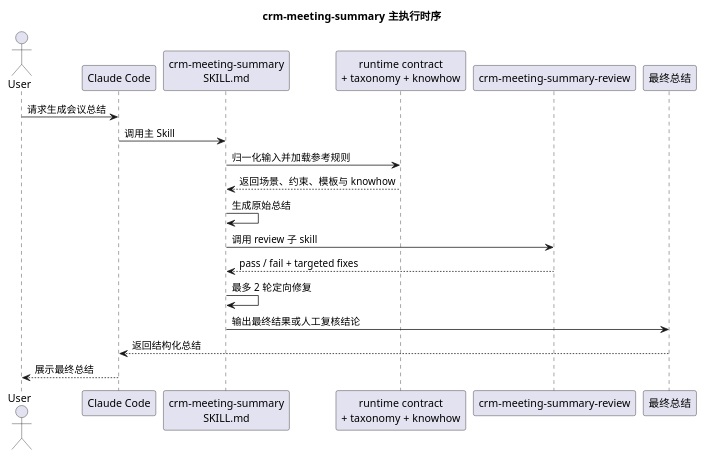
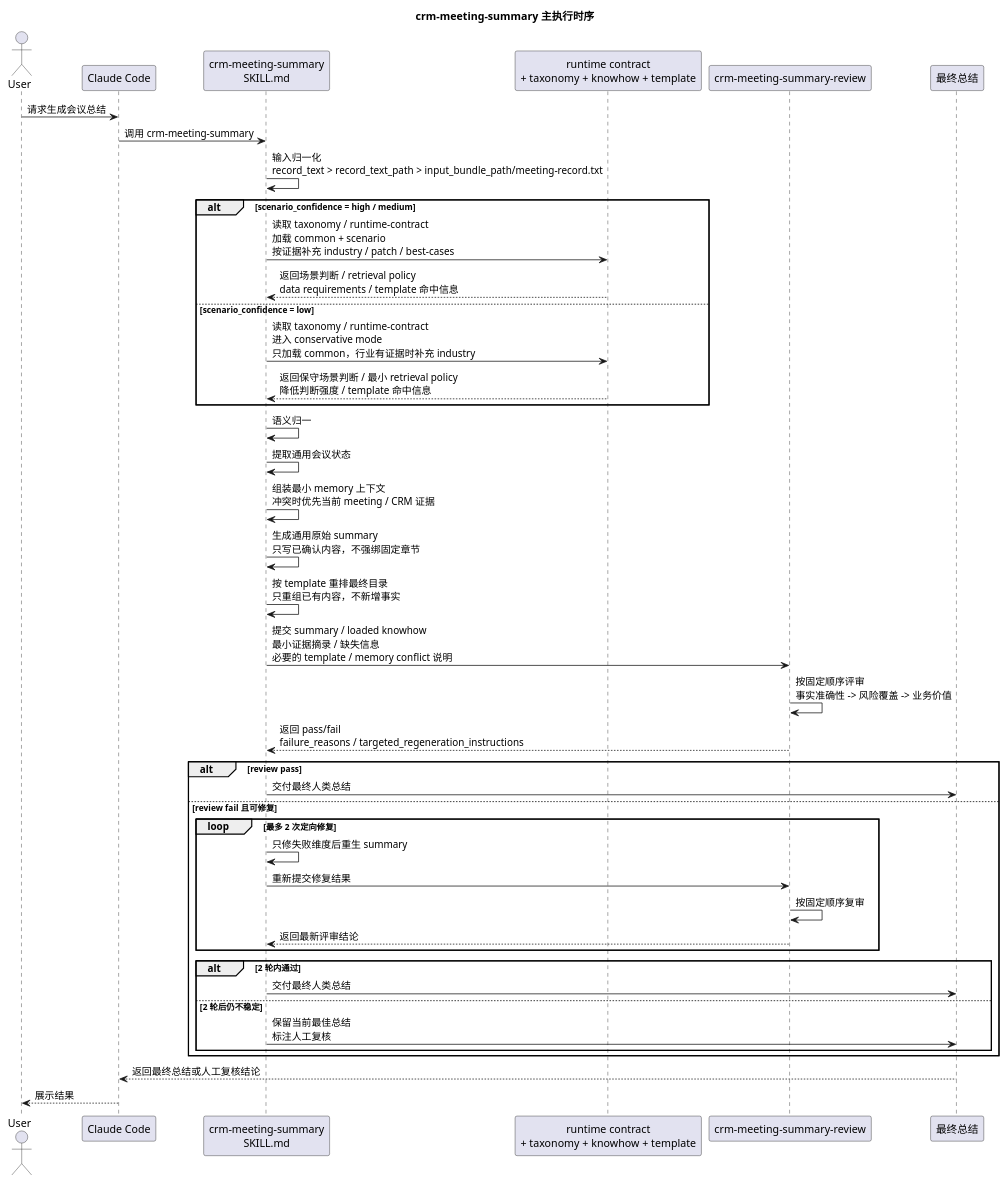
One commit to zhaopx/crm-meeting-summary-skill changed the second of 2 diagrams in docs/crm-meeting-summary/visual-diagrams.md. Above: the diagram before and after it, drawn with PlantUML. The commit also changed other lines of this file and 7 other files, not shown here.

First line of the commit message:
refactor: align CRM eval contract artifacts

````diff
--- a/docs/crm-meeting-summary/visual-diagrams.md
+++ b/docs/crm-meeting-summary/visual-diagrams.md
@@ -158,24 +63,52 @@
 ```plantuml
 @startuml
 title crm-meeting-summary 主执行时序
 
 actor User
 participant "Claude Code" as Claude
 participant "crm-meeting-summary\nSKILL.md" as Skill
-participant "runtime contract\n+ taxonomy + knowhow" as Knowledge
+participant "runtime contract\n+ taxonomy + knowhow + template" as Knowledge
 participant "crm-meeting-summary-review" as Review
 participant "最终总结" as Output
 
 User -> Claude: 请求生成会议总结
-Claude -> Skill: 调用主 Skill
-Skill -> Knowledge: 归一化输入并加载参考规则
-Knowledge --> Skill: 返回场景、约束、模板与 knowhow
-Skill -> Skill: 生成原始总结
-Skill -> Review: 调用 review 子 skill
-Review --> Skill: pass / fail + targeted fixes
-Skill -> Skill: 最多 2 轮定向修复
-Skill -> Output: 输出最终结果或人工复核结论
-Output --> Claude: 返回结构化总结
-Claude --> User: 展示最终总结
+Claude -> Skill: 调用 crm-meeting-summary
+Skill -> Skill: 输入归一化\nrecord_text > record_text_path > input_bundle_path/meeting-record.txt
+
+alt scenario_confidence = high / medium
+  Skill -> Knowledge: 读取 taxonomy / runtime-contract\n加载 common + scenario\n按证据补充 industry / patch / best-cases
+  Knowledge --> Skill: 返回场景判断 / retrieval policy\ndata requirements / template 命中信息
+else scenario_confidence = low
+  Skill -> Knowledge: 读取 taxonomy / runtime-contract\n进入 conservative mode\n只加载 common，行业有证据时补充 industry
+  Knowledge --> Skill: 返回保守场景判断 / 最小 retrieval policy\n降低判断强度 / template 命中信息
+end
+
+Skill -> Skill: 语义归一
+Skill -> Skill: 提取通用会议状态
+Skill -> Skill: 组装最小 memory 上下文\n冲突时优先当前 meeting / CRM 证据
+Skill -> Skill: 生成通用原始 summary\n只写已确认内容，不强绑固定章节
+Skill -> Skill: 按 template 重排最终目录\n只重组已有内容，不新增事实
+Skill -> Review: 提交 summary / loaded knowhow\n最小证据摘录 / 缺失信息\n必要的 template / memory conflict 说明
+Review -> Review: 按固定顺序评审\n事实准确性 -> 风险覆盖 -> 业务价值
+Review --> Skill: 返回 pass/fail\nfailure_reasons / targeted_regeneration_instructions
+
+alt review pass
+  Skill -> Output: 交付最终人类总结
+else review fail 且可修复
+  loop 最多 2 次定向修复
+    Skill -> Skill: 只修失败维度后重生 summary
+    Skill -> Review: 重新提交修复结果
+    Review -> Review: 按固定顺序复审
+    Review --> Skill: 返回最新评审结论
+  end
+  alt 2 轮内通过
+    Skill -> Output: 交付最终人类总结
+  else 2 轮后仍不稳定
+    Skill -> Output: 保留当前最佳总结\n标注人工复核
+  end
+end
+
+Output --> Claude: 返回最终总结或人工复核结论
+Claude --> User: 展示结果
 @enduml
 ```
````
